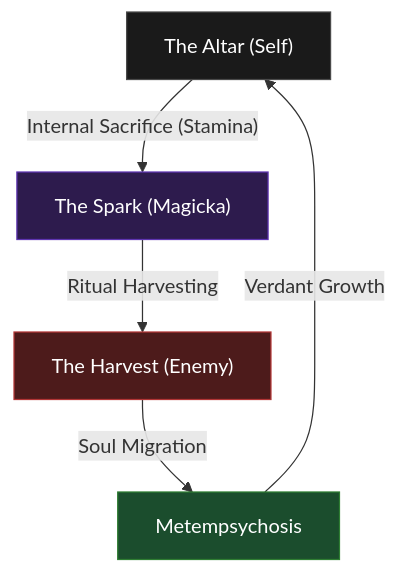
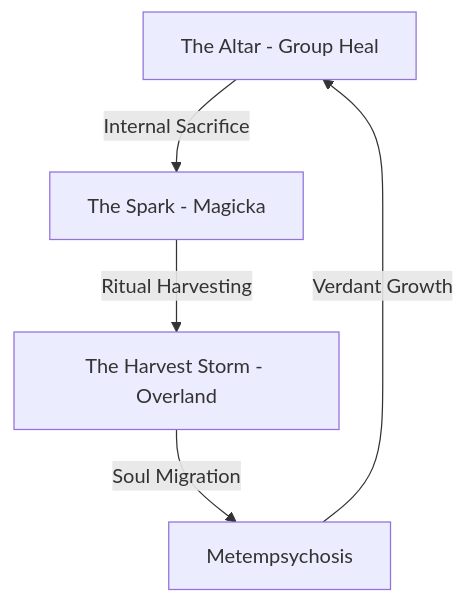
Before and after one commit to solaegis/CharacterMarkdown: the first of 4 diagrams in examples/solaegis/na/stoirmgheal_plan.md, drawn with Mermaid. The commit also changed other lines of this file and 50 other files, not shown here.

````diff
--- a/examples/solaegis/na/stoirmgheal_plan.md
+++ b/examples/solaegis/na/stoirmgheal_plan.md
@@ -14,12 +43,7 @@
 ```mermaid
 graph TD
-    A["The Altar (Self)"] -- "Internal Sacrifice (Stamina)" --> B["The Spark (Magicka)"]
-    B -- "Ritual Harvesting" --> C["The Harvest (Enemy)"]
+    A["The Altar - Group Heal"] -- "Internal Sacrifice" --> B["The Spark - Magicka"]
+    B -- "Ritual Harvesting" --> C["The Harvest Storm - Overland"]
     C -- "Soul Migration" --> D["Metempsychosis"]
     D -- "Verdant Growth" --> A
-
-    style A fill:#1a1a1a,stroke:#4a4a4a,color:#fff
-    style B fill:#2d1b4d,stroke:#5e35b1,color:#fff
-    style C fill:#4d1b1b,stroke:#b13535,color:#fff
-    style D fill:#1b4d2d,stroke:#2e7d32,color:#fff
 ```
````
